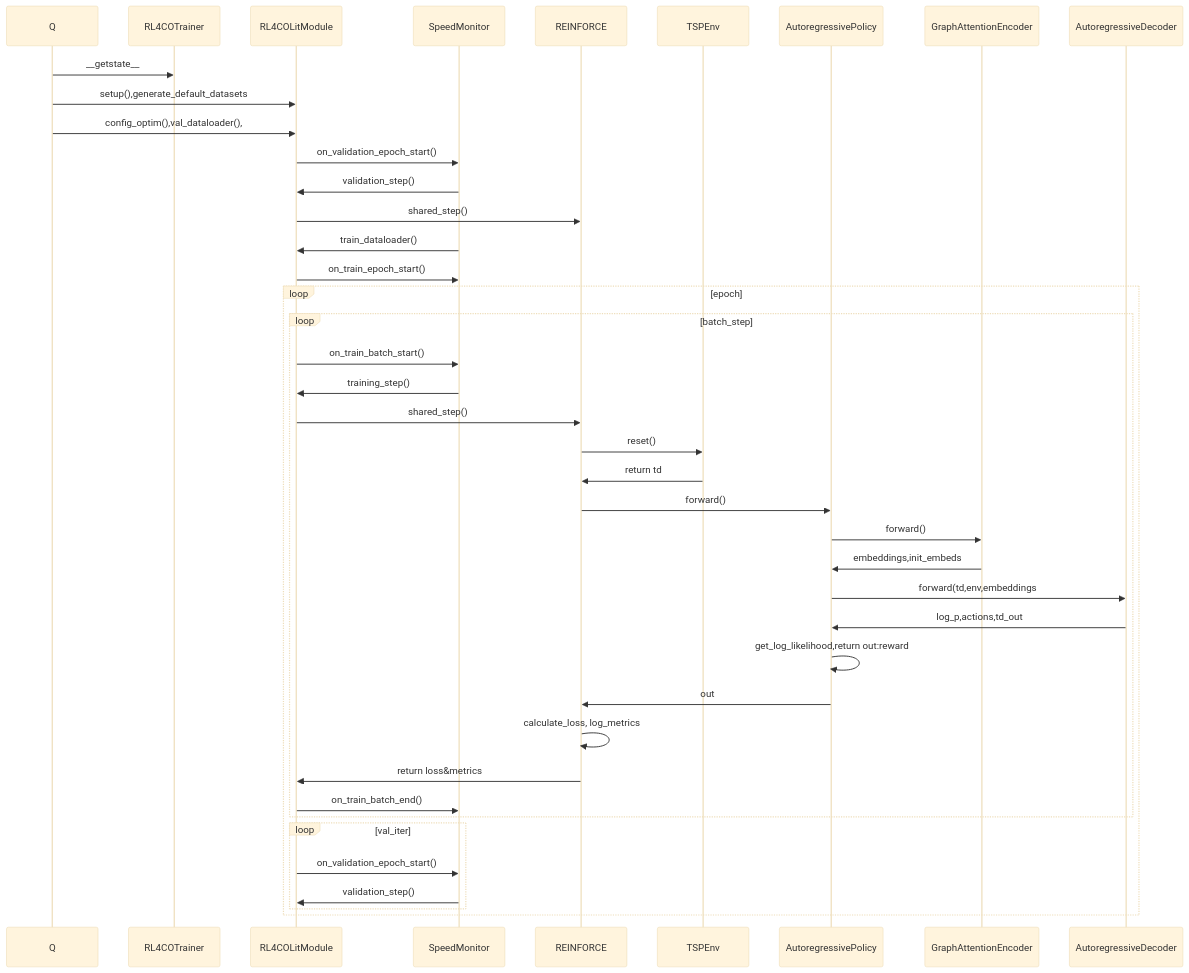
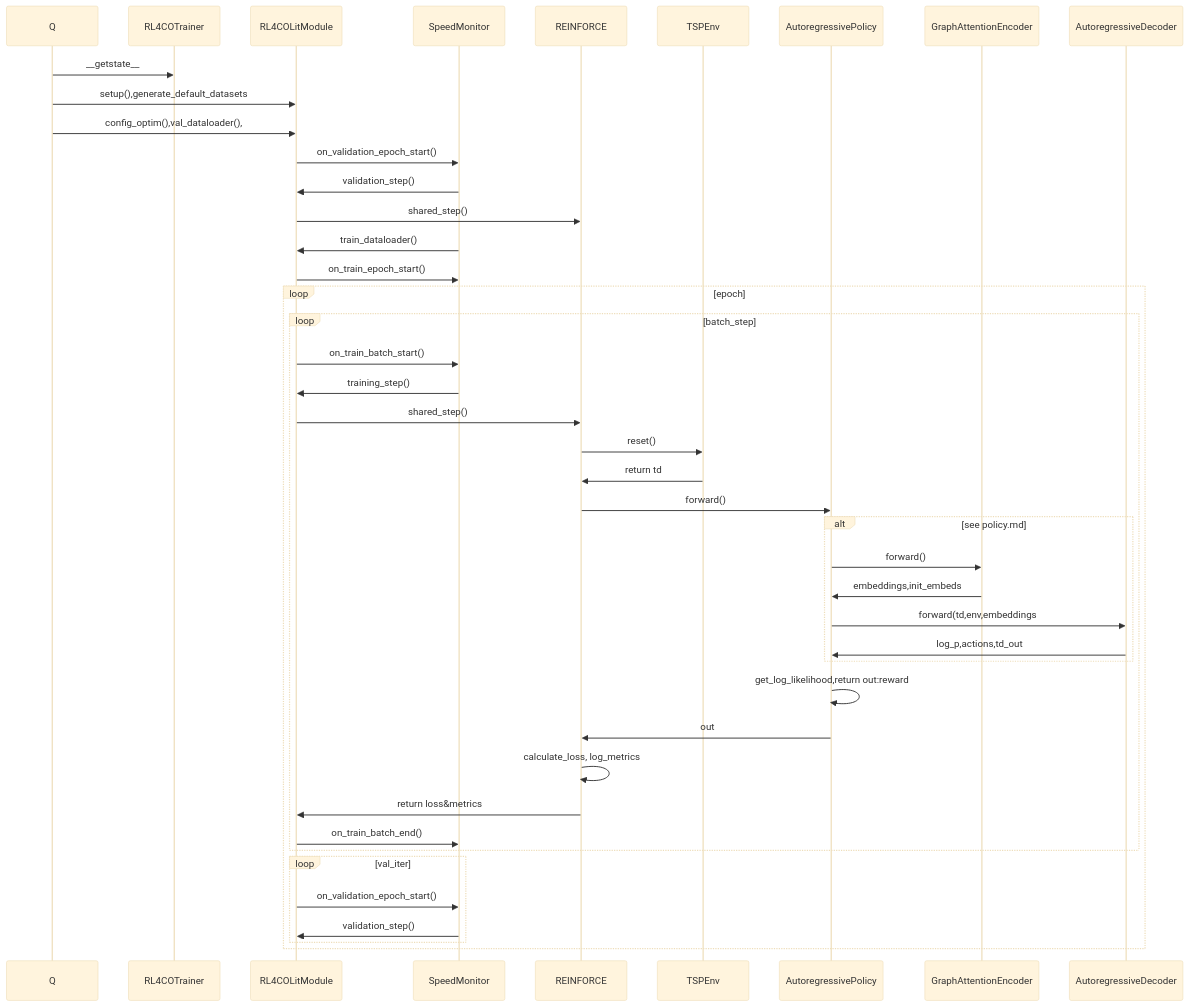
Before and after one commit to yuanxuanS/acces_games: the diagram in cvrp_train.md, drawn with Mermaid (base theme). The commit also changed 3 other files, not shown here.

Commit message:
diagrams

````diff
--- a/cvrp_train.md
+++ b/cvrp_train.md
@@ -1,36 +1,39 @@
 ```mermaid
 sequenceDiagram
 Q->>RL4COTrainer:__getstate__
 Q->>RL4COLitModule:setup(),generate_default_datasets
 Q->>RL4COLitModule:config_optim(),val_dataloader(),
 RL4COLitModule->>SpeedMonitor:on_validation_epoch_start()
 SpeedMonitor->>RL4COLitModule:validation_step()
 RL4COLitModule->>REINFORCE:shared_step()
 SpeedMonitor->>RL4COLitModule:train_dataloader()
 RL4COLitModule->>SpeedMonitor:on_train_epoch_start()
 
 loop epoch
 loop batch_step
 RL4COLitModule->>SpeedMonitor:on_train_batch_start()
 SpeedMonitor->>RL4COLitModule:training_step()
 RL4COLitModule->>REINFORCE:shared_step()
 REINFORCE->>TSPEnv:reset()
 TSPEnv->>REINFORCE:return td
 REINFORCE->>AutoregressivePolicy:forward()
+alt see policy.md
 AutoregressivePolicy->>GraphAttentionEncoder:forward()
 GraphAttentionEncoder->>AutoregressivePolicy:embeddings,init_embeds
 AutoregressivePolicy->>AutoregressiveDecoder:forward(td,env,embeddings
+
 AutoregressiveDecoder->>AutoregressivePolicy:log_p,actions,td_out
+end
 AutoregressivePolicy->>AutoregressivePolicy:get_log_likelihood,return out:reward
 AutoregressivePolicy->>REINFORCE:out
 REINFORCE->>REINFORCE:calculate_loss, log_metrics
 REINFORCE->>RL4COLitModule:return loss&metrics
 RL4COLitModule->>SpeedMonitor:on_train_batch_end()
 end
 
 loop val_iter
 RL4COLitModule->>SpeedMonitor:on_validation_epoch_start()
 SpeedMonitor->>RL4COLitModule:validation_step()
 end
 end
 ```
````
